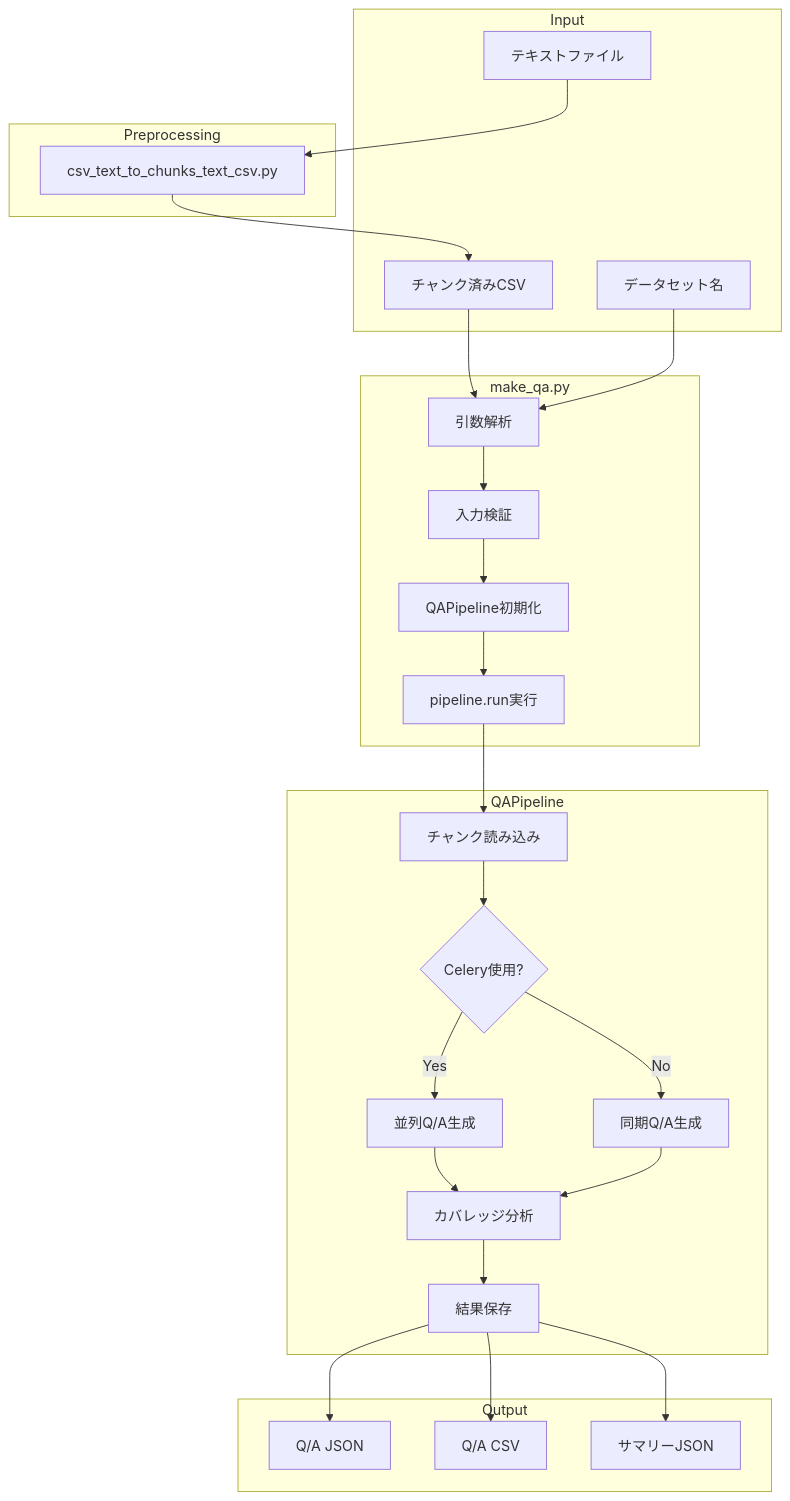
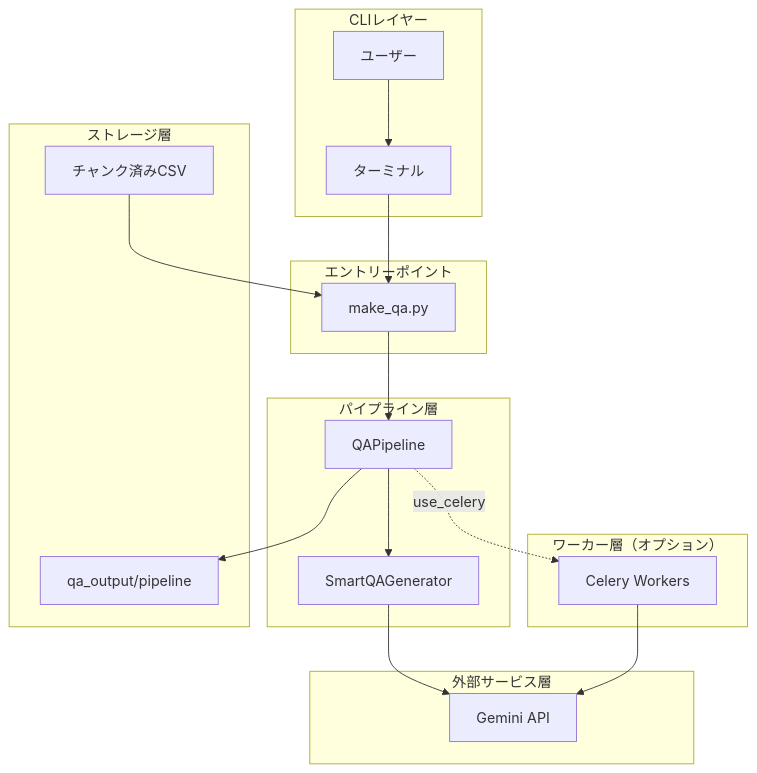
One commit to nakashima2toshio/gemini_grace_agent changed the first of 4 diagrams in qa_qdrant/doc/make_qa.md. Above: the diagram before and after it, drawn with Mermaid. The commit also changed other lines of this file and 5 other files, not shown here.

````diff
--- a/qa_qdrant/doc/make_qa.md
+++ b/qa_qdrant/doc/make_qa.md
@@ -129,52 +49,39 @@
 ```mermaid
 flowchart TB
-    subgraph Input
-        A[テキストファイル]
-        B[チャンク済みCSV]
-        C[データセット名]
+    subgraph CLI["CLIレイヤー"]
+        USER[ユーザー]
+        TERMINAL[ターミナル]
     end
 
-    subgraph Preprocessing
-        D[csv_text_to_chunks_text_csv.py]
+    subgraph ENTRY["エントリーポイント"]
+        MAKE_QA[make_qa.py]
     end
 
-    subgraph make_qa_py[make_qa.py]
-        E[引数解析]
-        F[入力検証]
-        G[QAPipeline初期化]
-        H[pipeline.run実行]
+    subgraph PIPELINE["パイプライン層"]
+        QA_PIPELINE[QAPipeline]
+        SMART_GEN[SmartQAGenerator]
     end
 
-    subgraph QAPipeline
-        I[チャンク読み込み]
-        J{Celery使用?}
-        K[並列Q/A生成]
-        L[同期Q/A生成]
-        M[カバレッジ分析]
-        N[結果保存]
+    subgraph WORKER["ワーカー層（オプション）"]
+        CELERY[Celery Workers]
     end
 
-    subgraph Output
-        O[Q/A JSON]
-        P[Q/A CSV]
-        Q[サマリーJSON]
+    subgraph EXTERNAL["外部サービス層"]
+        GEMINI[Gemini API]
     end
 
-    A --> D
-    D --> B
-    B --> E
-    C --> E
-    E --> F
-    F --> G
-    G --> H
-    H --> I
-    I --> J
-    J -->|Yes| K
-    J -->|No| L
-    K --> M
-    L --> M
-    M --> N
-    N --> O
-    N --> P
-    N --> Q
+    subgraph STORAGE["ストレージ層"]
+        INPUT_CSV[チャンク済みCSV]
+        OUTPUT[qa_output/pipeline]
+    end
+
+    USER --> TERMINAL
+    TERMINAL --> MAKE_QA
+    MAKE_QA --> QA_PIPELINE
+    QA_PIPELINE --> SMART_GEN
+    QA_PIPELINE -.->|use_celery| CELERY
+    CELERY --> GEMINI
+    SMART_GEN --> GEMINI
+    INPUT_CSV --> MAKE_QA
+    QA_PIPELINE --> OUTPUT
 ```
````
